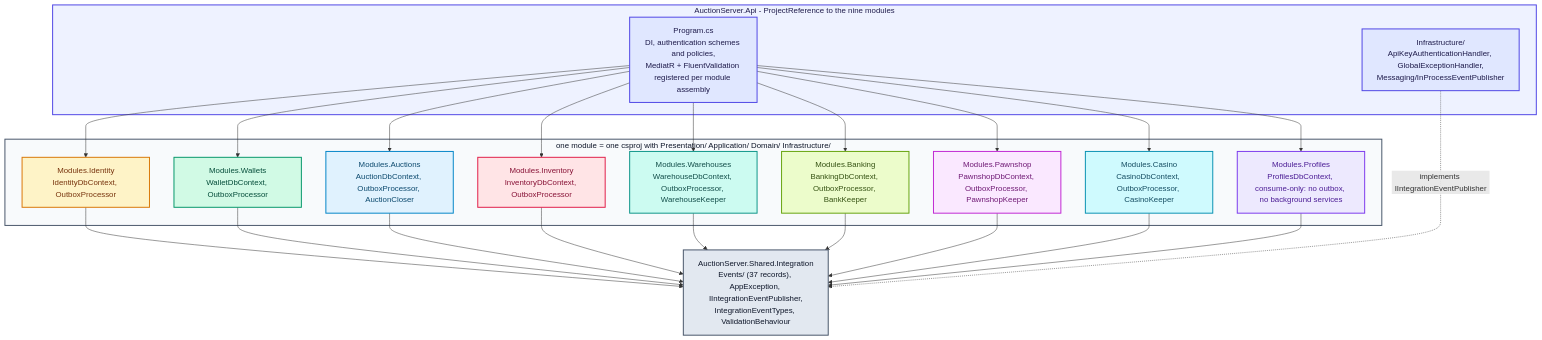
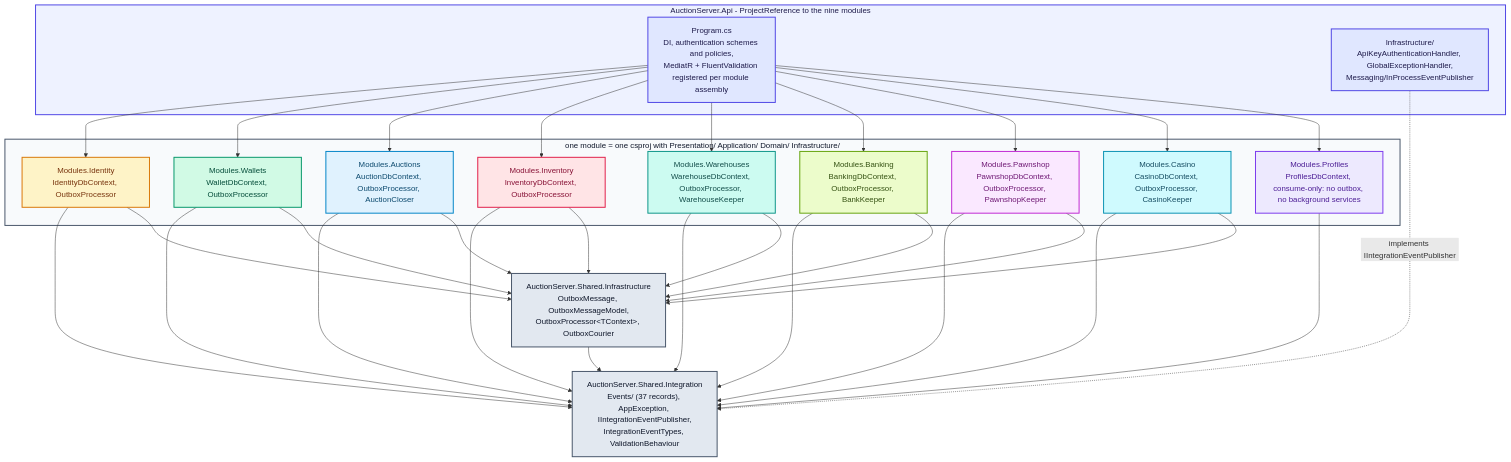
Before and after one commit to Zambrzyckii/Auction: the diagram in docs/diagrams/src/architecture-02-module-layering.mmd, drawn with Mermaid. The commit also changed 48 other files, not shown here.

Commit message:
Document shared outbox infrastructure

```diff
--- a/docs/diagrams/src/architecture-02-module-layering.mmd
+++ b/docs/diagrams/src/architecture-02-module-layering.mmd
@@ -1,42 +1,45 @@
 flowchart TB
 
     subgraph Host ["AuctionServer.Api - ProjectReference to the nine modules"]
         Program["Program.cs<br/>DI, authentication schemes and policies,<br/>MediatR + FluentValidation registered per module assembly"]:::host
         ApiInfra["Infrastructure/<br/>ApiKeyAuthenticationHandler, GlobalExceptionHandler,<br/>Messaging/InProcessEventPublisher"]:::host
     end
 
     subgraph Modules ["one module = one csproj with Presentation/ Application/ Domain/ Infrastructure/"]
         Identity["Modules.Identity<br/>IdentityDbContext, OutboxProcessor"]:::identity
         Wallets["Modules.Wallets<br/>WalletDbContext, OutboxProcessor"]:::wallets
         Auctions["Modules.Auctions<br/>AuctionDbContext, OutboxProcessor, AuctionCloser"]:::auctions
         Inventory["Modules.Inventory<br/>InventoryDbContext, OutboxProcessor"]:::inventory
         Warehouses["Modules.Warehouses<br/>WarehouseDbContext, OutboxProcessor, WarehouseKeeper"]:::warehouses
         Banking["Modules.Banking<br/>BankingDbContext, OutboxProcessor, BankKeeper"]:::banking
         Pawnshop["Modules.Pawnshop<br/>PawnshopDbContext, OutboxProcessor, PawnshopKeeper"]:::pawnshop
         Casino["Modules.Casino<br/>CasinoDbContext, OutboxProcessor, CasinoKeeper"]:::casino
         Profiles["Modules.Profiles<br/>ProfilesDbContext, consume-only: no outbox, no background services"]:::profiles
     end
 
     Shared["AuctionServer.Shared.Integration<br/>Events/ (37 records), AppException, IIntegrationEventPublisher,<br/>IntegrationEventTypes, ValidationBehaviour"]:::shared
+    SharedInfra["AuctionServer.Shared.Infrastructure<br/>OutboxMessage, OutboxMessageModel,<br/>OutboxProcessor&lt;TContext&gt;, OutboxCourier"]:::shared
 
     Program --> Identity & Wallets & Auctions & Inventory & Warehouses & Banking & Pawnshop & Casino & Profiles
     Identity & Wallets & Auctions & Inventory & Warehouses & Banking & Pawnshop & Casino & Profiles --> Shared
+    Identity & Wallets & Auctions & Inventory & Warehouses & Banking & Pawnshop & Casino --> SharedInfra
+    SharedInfra --> Shared
     ApiInfra -.->|"implements IIntegrationEventPublisher"| Shared
 
     style Host fill:#EEF2FF,stroke:#4F46E5,stroke-width:2px,color:#1E1B4B
     style Modules fill:#F8FAFC,stroke:#475569,stroke-width:2px,color:#0F172A
 
     classDef client    fill:#FFEDD5,stroke:#EA580C,stroke-width:2px,color:#7C2D12
     classDef host      fill:#E0E7FF,stroke:#4F46E5,stroke-width:2px,color:#1E1B4B
     classDef identity  fill:#FEF3C7,stroke:#D97706,stroke-width:2px,color:#78350F
     classDef wallets   fill:#D1FAE5,stroke:#059669,stroke-width:2px,color:#064E3B
     classDef auctions  fill:#E0F2FE,stroke:#0284C7,stroke-width:2px,color:#0C4A6E
     classDef inventory fill:#FFE4E6,stroke:#E11D48,stroke-width:2px,color:#881337
     classDef warehouses fill:#CCFBF1,stroke:#0D9488,stroke-width:2px,color:#134E4A
     classDef banking   fill:#ECFCCB,stroke:#65A30D,stroke-width:2px,color:#365314
     classDef pawnshop  fill:#FAE8FF,stroke:#C026D3,stroke-width:2px,color:#701A75
     classDef casino    fill:#CFFAFE,stroke:#0891B2,stroke-width:2px,color:#164E63
     classDef profiles  fill:#EDE9FE,stroke:#7C3AED,stroke-width:2px,color:#4C1D95
     classDef shared    fill:#E2E8F0,stroke:#475569,stroke-width:2px,color:#0F172A
     classDef planned   fill:#F4F4F5,stroke:#71717A,stroke-width:2px,stroke-dasharray:6 4,color:#27272A
     classDef db        fill:#F3E8FF,stroke:#9333EA,stroke-width:2px,color:#581C87
```
